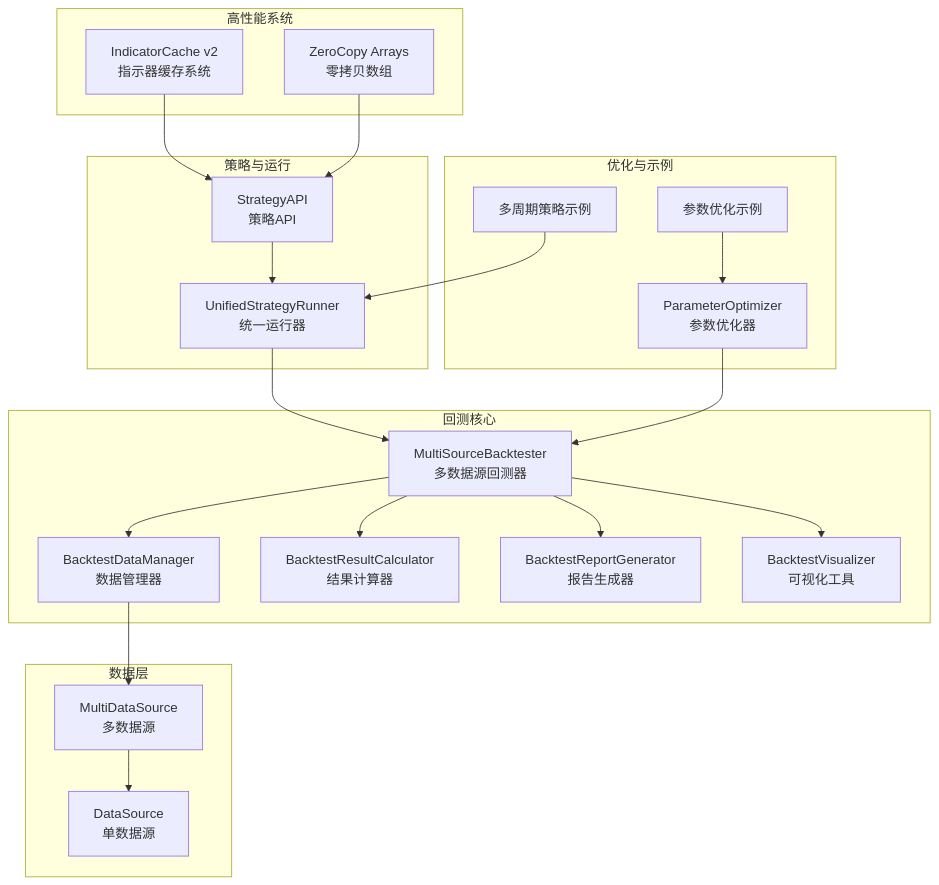
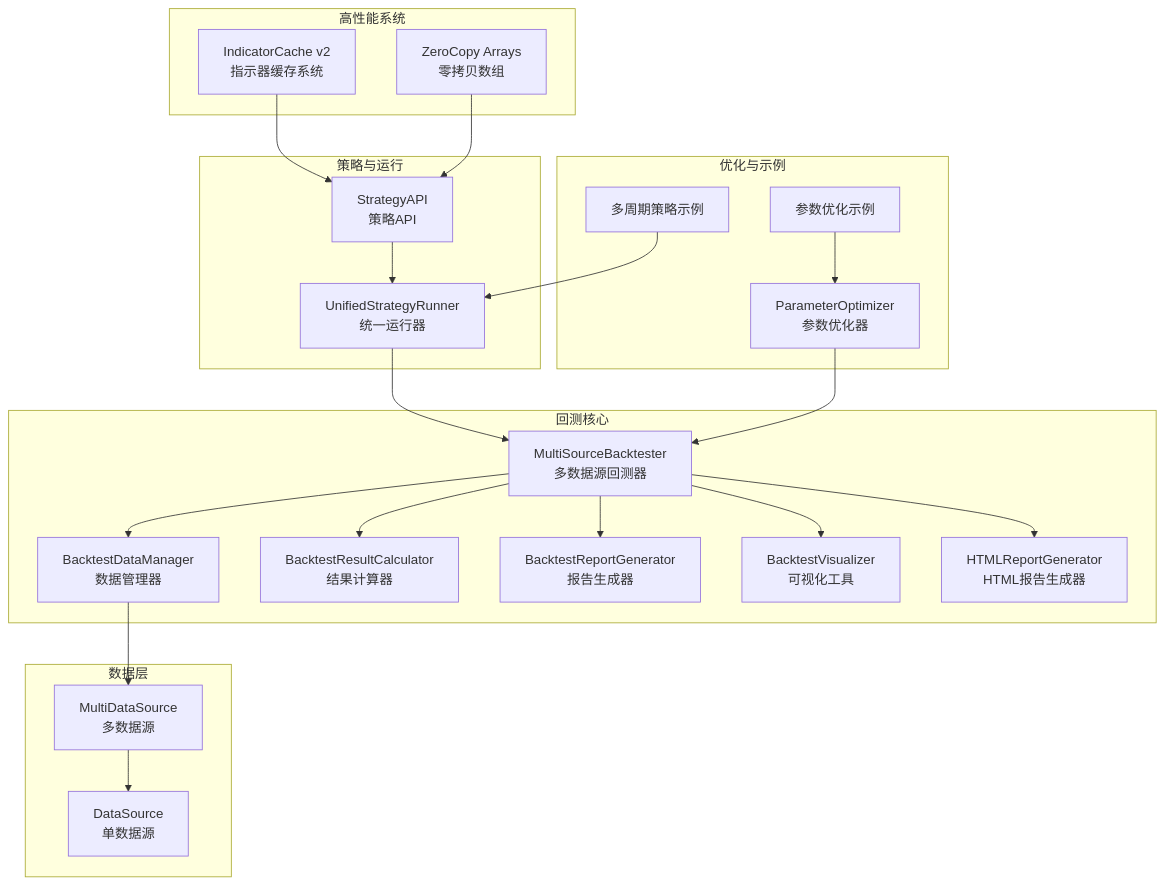
Before and after one commit to maxtwoon/ssquant: the first of 8 diagrams in .qoder/repowiki/zh/content/回测引擎详解/回测引擎详解.md, drawn with Mermaid. The commit also changed other lines of this file and 21 other files, not shown here.

````diff
--- a/.qoder/repowiki/zh/content/回测引擎详解/回测引擎详解.md
+++ b/.qoder/repowiki/zh/content/回测引擎详解/回测引擎详解.md
@@ -53,40 +55,42 @@
 ```mermaid
 graph TB
 subgraph "回测核心"
 BT["MultiSourceBacktester<br/>多数据源回测器"]
 DM["BacktestDataManager<br/>数据管理器"]
 RC["BacktestResultCalculator<br/>结果计算器"]
 RG["BacktestReportGenerator<br/>报告生成器"]
 VZ["BacktestVisualizer<br/>可视化工具"]
+HR["HTMLReportGenerator<br/>HTML报告生成器"]
 end
 subgraph "数据层"
 DS["DataSource<br/>单数据源"]
 MDS["MultiDataSource<br/>多数据源"]
 end
 subgraph "策略与运行"
 SA["StrategyAPI<br/>策略API"]
 UR["UnifiedStrategyRunner<br/>统一运行器"]
 end
 subgraph "优化与示例"
 PO["ParameterOptimizer<br/>参数优化器"]
 EX1["多周期策略示例"]
 EX2["参数优化示例"]
 end
 subgraph "高性能系统"
 IC["IndicatorCache v2<br/>指示器缓存系统"]
 ZC["ZeroCopy Arrays<br/>零拷贝数组"]
 end
 UR --> BT
 BT --> DM
 BT --> RC
 BT --> RG
 BT --> VZ
+BT --> HR
 DM --> MDS
 MDS --> DS
 SA --> UR
 PO --> BT
 EX1 --> UR
 EX2 --> PO
 IC --> SA
 ZC --> SA
 ```
````
